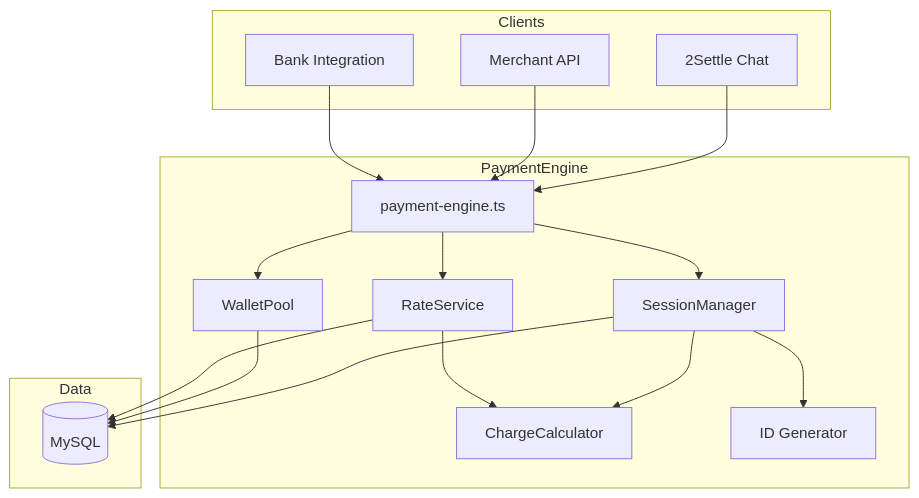
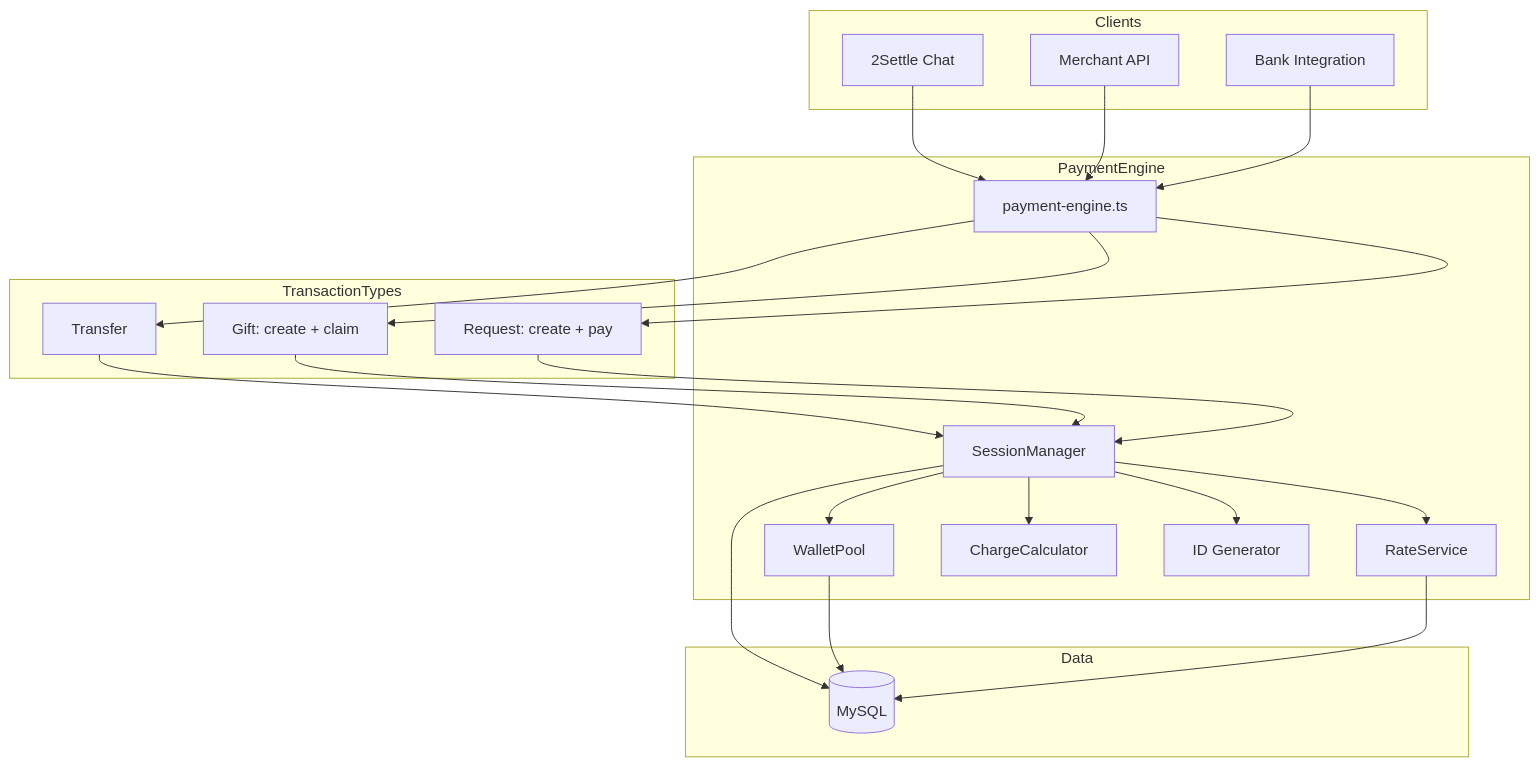
Before and after one commit to SIRFITECH/chat.2settle: the fifth of 5 diagrams in src/services/payment-engine/docs/ARCHITECTURE.md, drawn with Mermaid. The commit also changed other lines of this file and 3 other files, not shown here.

Commit message:
fix: included the gift and request into the 2settle payment engine

````diff
--- a/src/services/payment-engine/docs/ARCHITECTURE.md
+++ b/src/services/payment-engine/docs/ARCHITECTURE.md
@@ -604,37 +1031,48 @@
 ```mermaid
 graph TB
     subgraph Clients
         Chat[2Settle Chat]
         API[Merchant API]
         Bank[Bank Integration]
     end
 
     subgraph PaymentEngine
         Facade[payment-engine.ts]
         Session[SessionManager]
         Wallet[WalletPool]
         Rate[RateService]
         Charge[ChargeCalculator]
         Utils[ID Generator]
     end
 
+    subgraph TransactionTypes
+        Transfer[Transfer]
+        Gift[Gift: create + claim]
+        Request[Request: create + pay]
+    end
+
     subgraph Data
         DB[(MySQL)]
     end
 
     Chat --> Facade
     API --> Facade
     Bank --> Facade
 
-    Facade --> Session
-    Facade --> Wallet
-    Facade --> Rate
+    Facade --> Transfer
+    Facade --> Gift
+    Facade --> Request
 
+    Transfer --> Session
+    Gift --> Session
+    Request --> Session
+
+    Session --> Wallet
+    Session --> Rate
     Session --> Charge
     Session --> Utils
-    Rate --> Charge
 
     Session --> DB
     Wallet --> DB
     Rate --> DB
 ```
````
